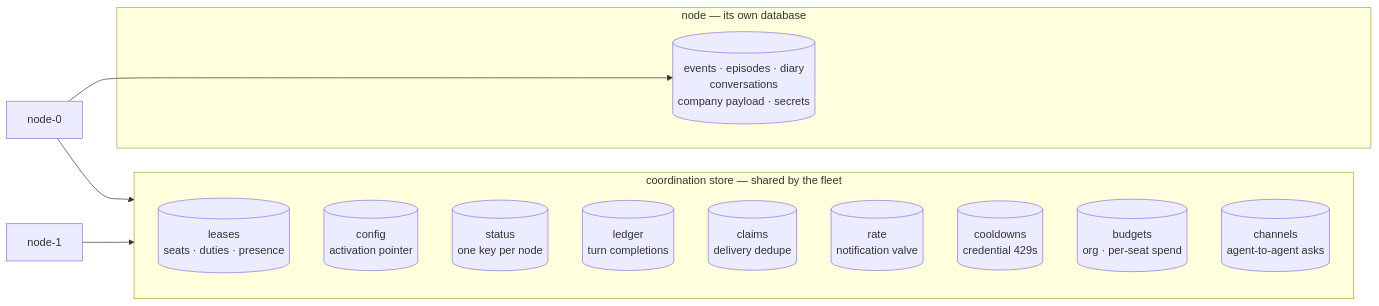
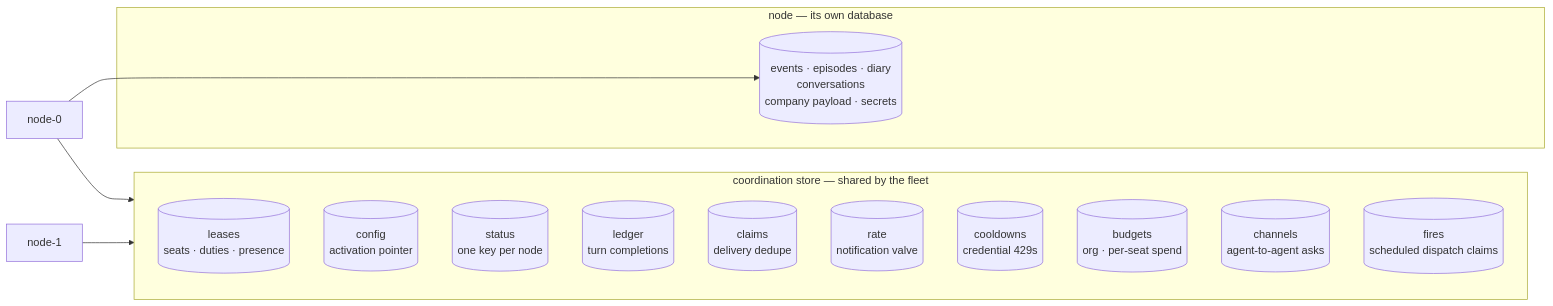
Before and after one commit to crewlet/crewlet: the diagram in docs/concepts/coordination.md, drawn with Mermaid. The commit also changed other lines of this file and 14 other files, not shown here.

````diff
--- a/docs/concepts/coordination.md
+++ b/docs/concepts/coordination.md
@@ -38,20 +38,21 @@
 ```mermaid
 flowchart LR
     subgraph COORD["coordination store — shared by the fleet"]
         L[("leases<br/>seats · duties · presence")]
         C[("config<br/>activation pointer")]
         S[("status<br/>one key per node")]
         LG[("ledger<br/>turn completions")]
         CL[("claims<br/>delivery dedupe")]
         R[("rate<br/>notification valve")]
         CD[("cooldowns<br/>credential 429s")]
         B[("budgets<br/>org · per-seat spend")]
         CH[("channels<br/>agent-to-agent asks")]
+        F[("fires<br/>scheduled dispatch claims")]
     end
     subgraph NODE["node — its own database"]
         DB[("events · episodes · diary<br/>conversations<br/>company payload · secrets")]
     end
     N1["node-0"] --> COORD
     N2["node-1"] --> COORD
     N1 --> DB
 ```
````
